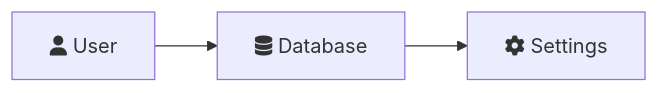
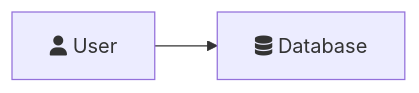
The seventh of 13 diagrams in .agents/tools/diagrams/mermaid-diagrams-skill/references/FLOWCHARTS.md (marcusquinn/aidevops), drawn with Mermaid before and after one commit. The commit also changed other lines of this file, not shown here.

Commit message:
simplification: tighten FLOWCHARTS.md reference doc (431→217 lines) (GH#7986)

````diff
--- a/.agents/tools/diagrams/mermaid-diagrams-skill/references/FLOWCHARTS.md
+++ b/.agents/tools/diagrams/mermaid-diagrams-skill/references/FLOWCHARTS.md
@@ -255,5 +140,4 @@
 ```mermaid
 flowchart LR
     A[fa:fa-user User] --> B[fa:fa-database Database]
-    B --> C[fa:fa-cog Settings]
 ```
````
